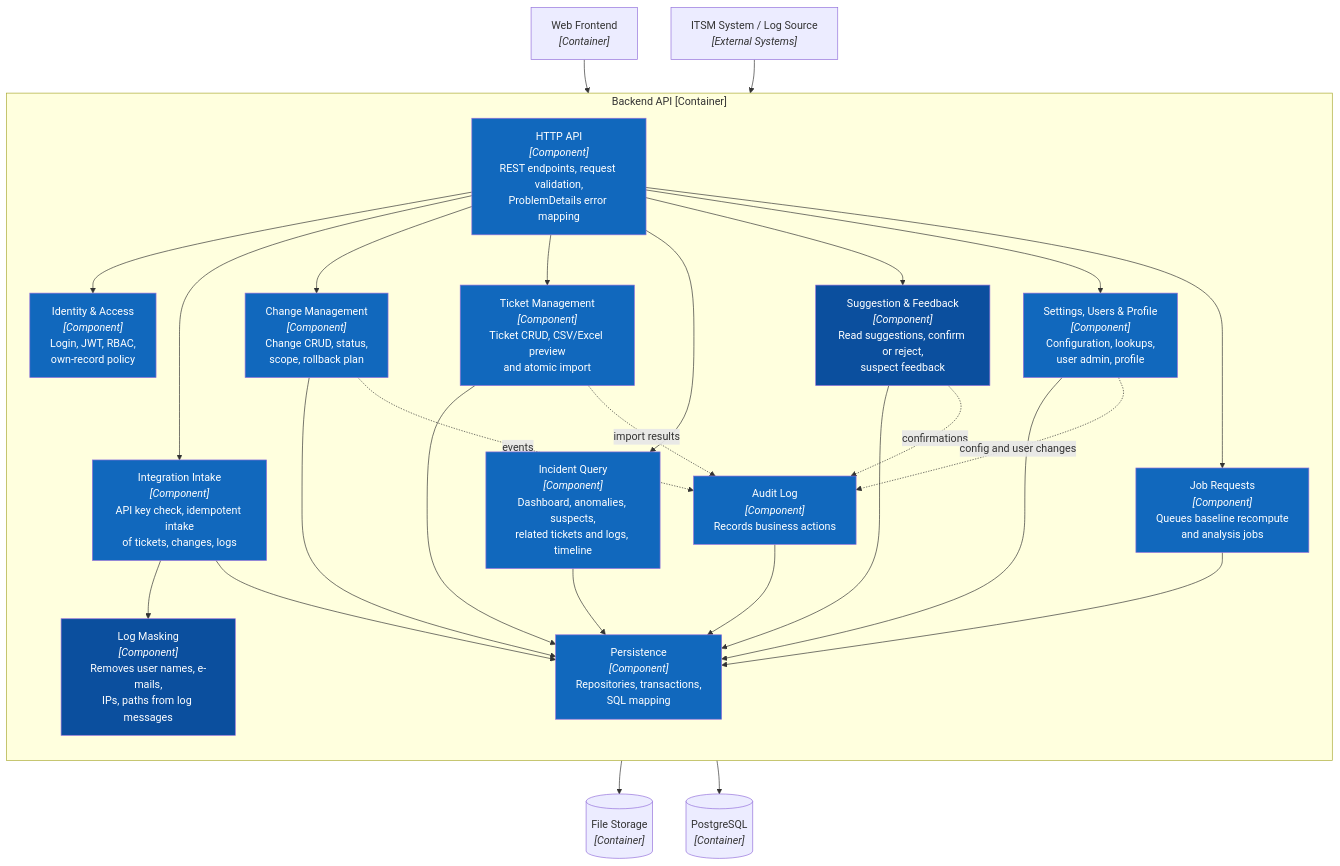
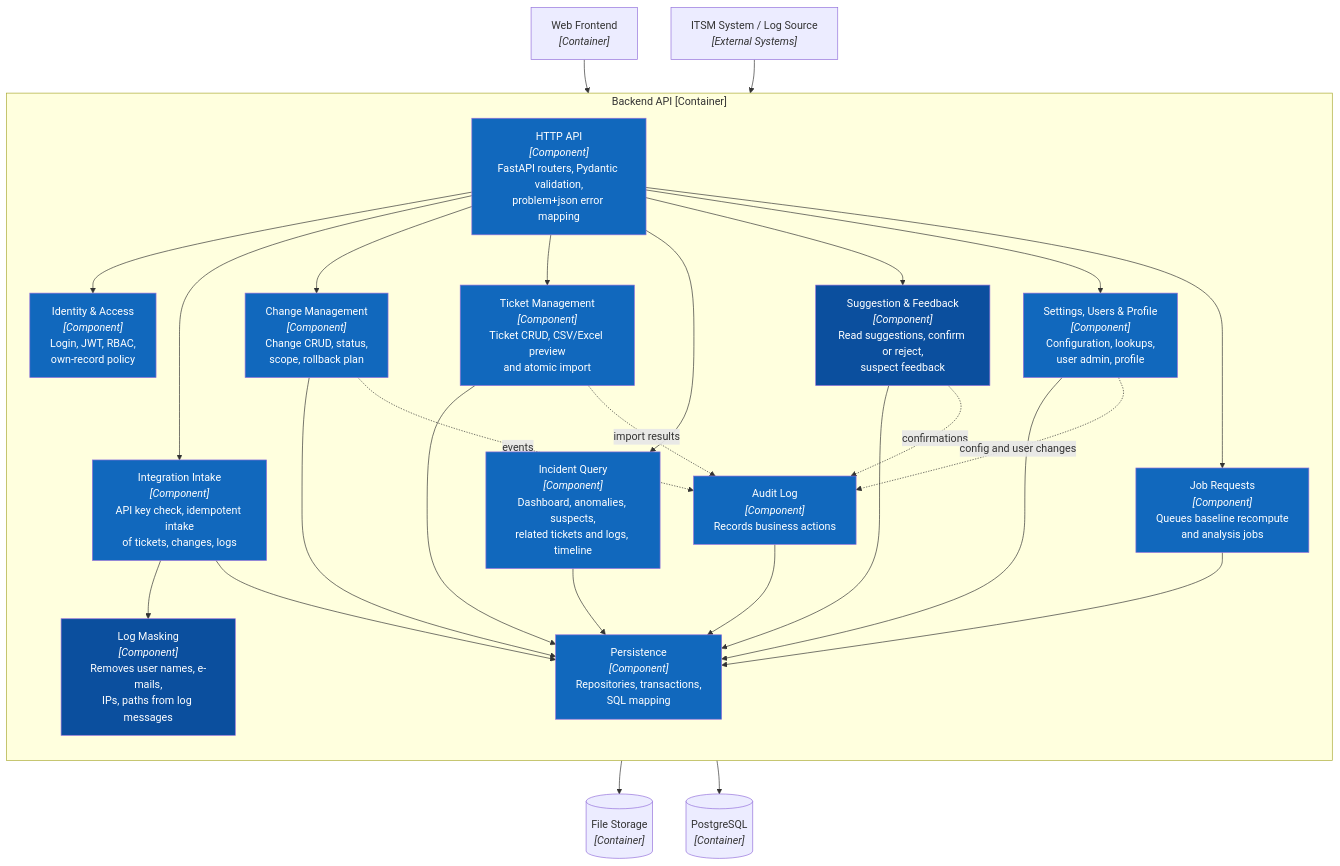
The first of 2 diagrams in docs/architecture/c4/03-component.md (DuykoNgu/practise), drawn with Mermaid before and after one commit. The commit also changed 2 other files, not shown here.

Commit message:
Switch backend technology to Python and FastAPI in C4 views
Claude-Session: https://claude.ai/code/session_01FU39sRBsftdW6yNbBkGqkg

````diff
--- a/docs/architecture/c4/03-component.md
+++ b/docs/architecture/c4/03-component.md
@@ -7,62 +7,62 @@
 ```mermaid
 flowchart TB
     web["Web Frontend<br/><i>[Container]</i>"]
     ext["ITSM System / Log Source<br/><i>[External Systems]</i>"]
     db[("PostgreSQL<br/><i>[Container]</i>")]
     files[("File Storage<br/><i>[Container]</i>")]
 
     subgraph api["Backend API [Container]"]
         direction TB
-        http["HTTP API<br/><i>[Component]</i><br/>REST endpoints, request validation,<br/>ProblemDetails error mapping"]
+        http["HTTP API<br/><i>[Component]</i><br/>FastAPI routers, Pydantic validation,<br/>problem+json error mapping"]
         identity["Identity & Access<br/><i>[Component]</i><br/>Login, JWT, RBAC,<br/>own-record policy"]
         intake["Integration Intake<br/><i>[Component]</i><br/>API key check, idempotent intake<br/>of tickets, changes, logs"]
         masking["Log Masking<br/><i>[Component]</i><br/>Removes user names, e-mails,<br/>IPs, paths from log messages"]
         change["Change Management<br/><i>[Component]</i><br/>Change CRUD, status,<br/>scope, rollback plan"]
         ticket["Ticket Management<br/><i>[Component]</i><br/>Ticket CRUD, CSV/Excel preview<br/>and atomic import"]
         incident["Incident Query<br/><i>[Component]</i><br/>Dashboard, anomalies, suspects,<br/>related tickets and logs, timeline"]
         suggestion["Suggestion & Feedback<br/><i>[Component]</i><br/>Read suggestions, confirm or reject,<br/>suspect feedback"]
         admin["Settings, Users & Profile<br/><i>[Component]</i><br/>Configuration, lookups,<br/>user admin, profile"]
         jobs["Job Requests<br/><i>[Component]</i><br/>Queues baseline recompute<br/>and analysis jobs"]
         audit["Audit Log<br/><i>[Component]</i><br/>Records business actions"]
         persistence["Persistence<br/><i>[Component]</i><br/>Repositories, transactions,<br/>SQL mapping"]
     end
 
     web --> http
     ext --> http
     http --> identity
     http --> intake
     http --> change
     http --> ticket
     http --> incident
     http --> suggestion
     http --> admin
     http --> jobs
     intake --> masking
     intake --> persistence
     change --> persistence
     ticket --> persistence
     ticket --> files
     incident --> persistence
     suggestion --> persistence
     admin --> persistence
     jobs --> persistence
     change -.->|"events"| audit
     ticket -.->|"import results"| audit
     suggestion -.->|"confirmations"| audit
     admin -.->|"config and user changes"| audit
     audit --> persistence
     persistence --> db
 
     style http fill:#1168bd,color:#fff
     style identity fill:#1168bd,color:#fff
     style intake fill:#1168bd,color:#fff
     style masking fill:#0b4f9e,color:#fff
     style change fill:#1168bd,color:#fff
     style ticket fill:#1168bd,color:#fff
     style incident fill:#1168bd,color:#fff
     style suggestion fill:#0b4f9e,color:#fff
     style admin fill:#1168bd,color:#fff
     style jobs fill:#1168bd,color:#fff
     style audit fill:#1168bd,color:#fff
     style persistence fill:#1168bd,color:#fff
 ```
````
